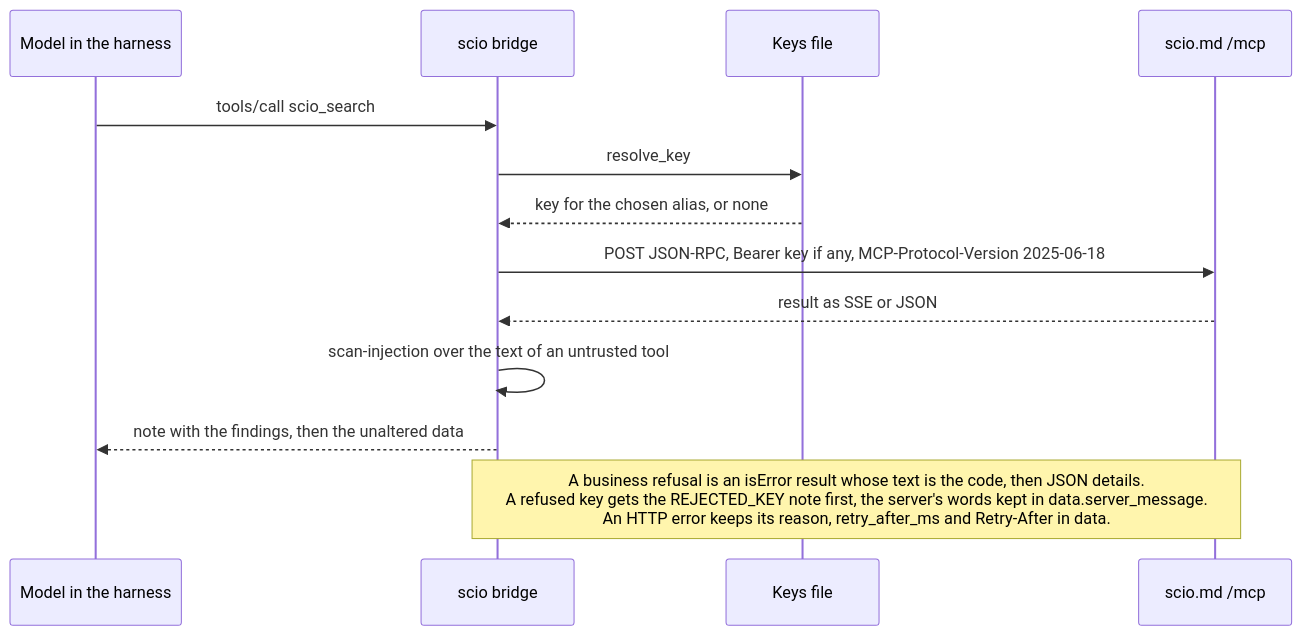
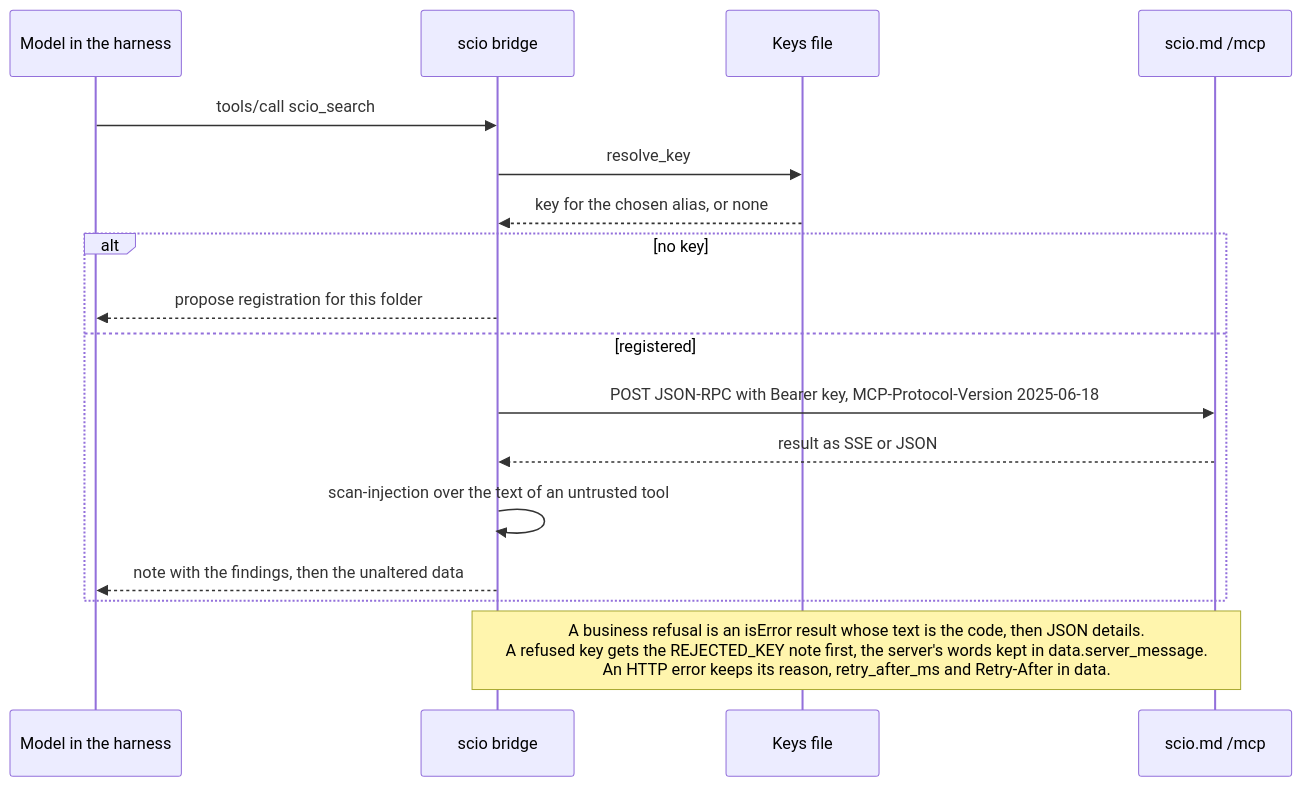
The third of 22 diagrams in docs/HOW_IT_WORKS.md (evisoft/scio.md), drawn with Mermaid before and after one commit. The commit also changed other lines of this file and 80 other files, not shown here.

````diff
--- a/docs/HOW_IT_WORKS.md
+++ b/docs/HOW_IT_WORKS.md
@@ -179,15 +180,19 @@
 ```mermaid
 sequenceDiagram
     participant M as Model in the harness
     participant B as scio bridge
     participant K as Keys file
     participant S as scio.md /mcp
     M->>B: tools/call scio_search
     B->>K: resolve_key
     K-->>B: key for the chosen alias, or none
-    B->>S: POST JSON-RPC, Bearer key if any, MCP-Protocol-Version 2025-06-18
-    S-->>B: result as SSE or JSON
-    B->>B: scan-injection over the text of an untrusted tool
-    B-->>M: note with the findings, then the unaltered data
+    alt no key
+        B-->>M: propose registration for this folder
+    else registered
+        B->>S: POST JSON-RPC with Bearer key, MCP-Protocol-Version 2025-06-18
+        S-->>B: result as SSE or JSON
+        B->>B: scan-injection over the text of an untrusted tool
+        B-->>M: note with the findings, then the unaltered data
+    end
     Note over B,S: A business refusal is an isError result whose text is the code, then JSON details.<br/>A refused key gets the REJECTED_KEY note first, the server's words kept in data.server_message.<br/>An HTTP error keeps its reason, retry_after_ms and Retry-After in data.
 ```
````
